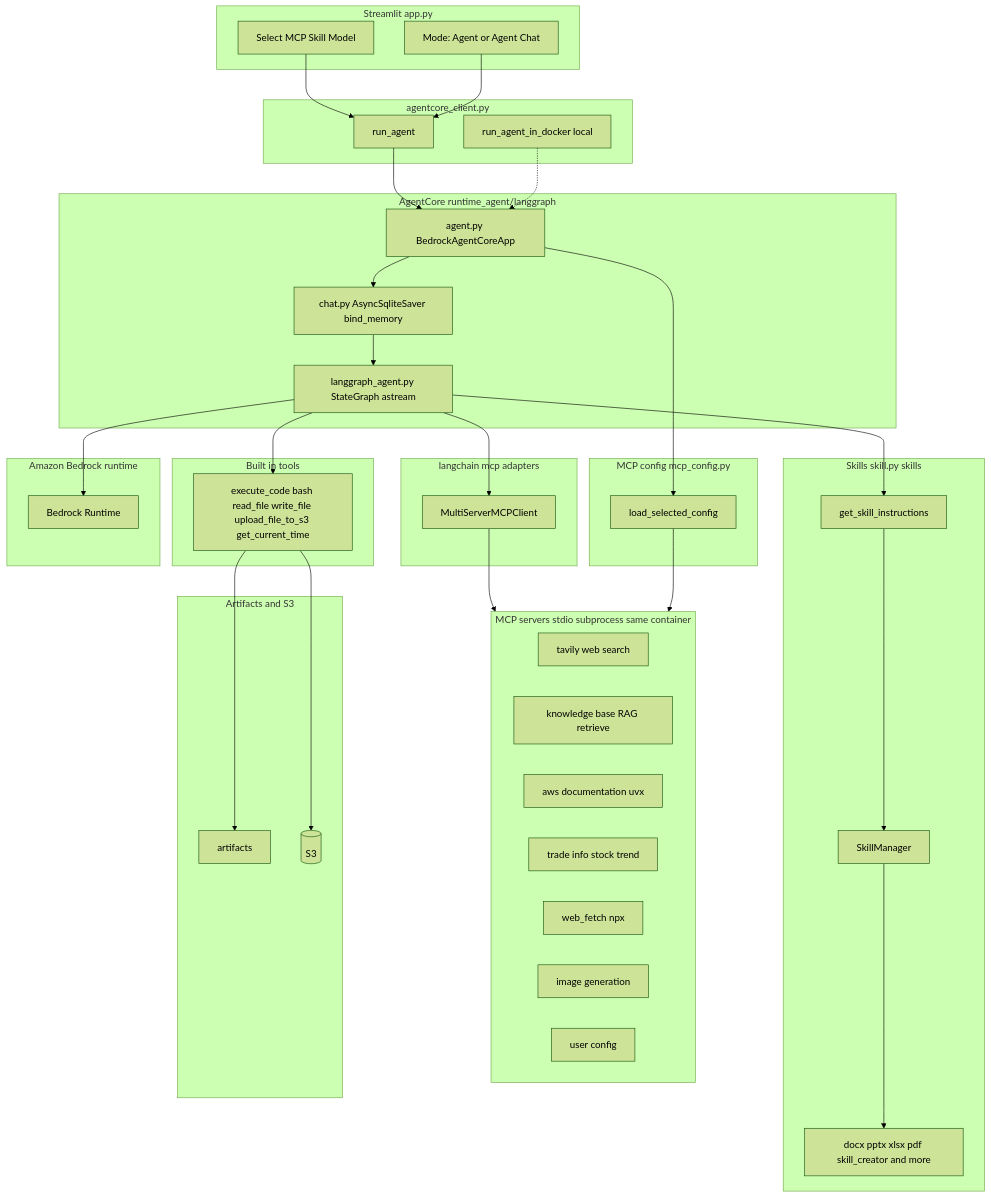
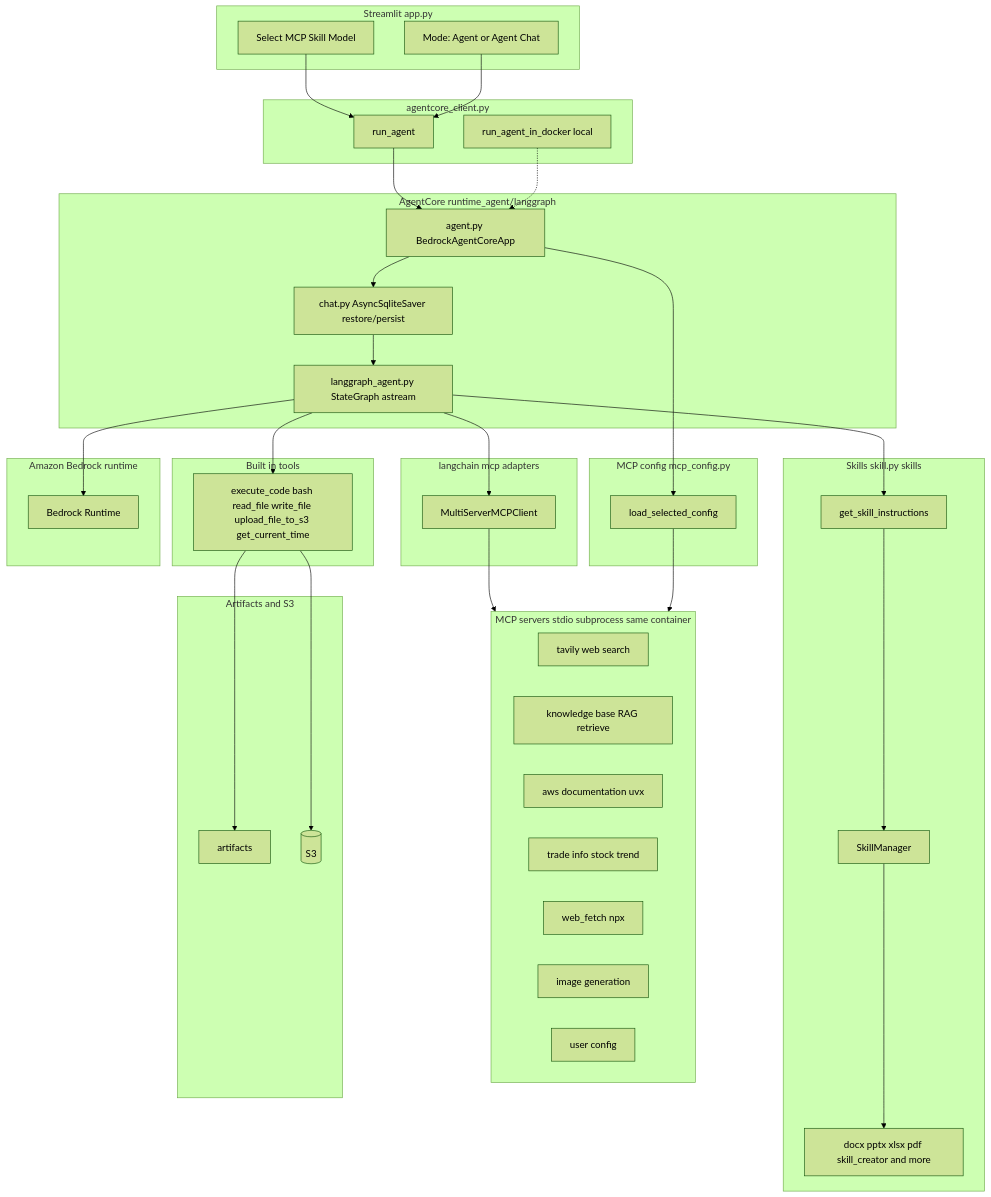
The first of 3 diagrams in README.md (kyopark2014/agentic-work), drawn with Mermaid (forest theme) before and after one commit. The commit also changed other lines of this file and 13 other files, not shown here.

````diff
--- a/README.md
+++ b/README.md
@@ -21,77 +21,77 @@
 ```mermaid
 flowchart TB
   subgraph UI["Streamlit app.py"]
     MODE["Mode: Agent or Agent Chat"]
     SEL["Select MCP Skill Model"]
   end
 
   subgraph Client["agentcore_client.py"]
     RA[run_agent]
     RD["run_agent_in_docker local"]
   end
 
   subgraph Runtime["AgentCore runtime_agent/langgraph"]
     AG["agent.py BedrockAgentCoreApp"]
-    CHAT["chat.py AsyncSqliteSaver bind_memory"]
+    CHAT["chat.py AsyncSqliteSaver restore/persist"]
     LGA["langgraph_agent.py StateGraph astream"]
   end
 
   subgraph BuiltIn["Built in tools"]
     LGB["execute_code bash read_file write_file upload_file_to_s3 get_current_time"]
   end
 
   subgraph Skills["Skills skill.py skills"]
     SKM[SkillManager]
     SKT[get_skill_instructions]
     SKD["docx pptx xlsx pdf skill_creator and more"]
   end
 
   subgraph MCPConfig["MCP config mcp_config.py"]
     LSC[load_selected_config]
   end
 
   subgraph MCPLocal["MCP servers stdio subprocess same container"]
     TV["tavily web search"]
     KB["knowledge base RAG retrieve"]
     AD["aws documentation uvx"]
     TI["trade info stock trend"]
     WF["web_fetch npx"]
     IG[image generation]
     UC["user config"]
   end
 
   subgraph MCPClient["langchain mcp adapters"]
     LGM[MultiServerMCPClient]
   end
 
   subgraph LLM["Amazon Bedrock runtime"]
     BR[Bedrock Runtime]
   end
 
   subgraph Storage["Artifacts and S3"]
     ART[artifacts]
     S3[(S3)]
   end
 
   MODE --> RA
   SEL --> RA
   RD -.-> AG
 
   RA --> AG
   AG --> CHAT
   CHAT --> LGA
   LGA --> BR
   LGA --> LGB
   LGA --> LGM
   LGA --> SKT
 
   SKT --> SKM
   SKM --> SKD
 
   AG --> LSC
   LSC --> MCPLocal
   LGM --> MCPLocal
 
   LGB --> ART
   LGB --> S3
 ```
````
